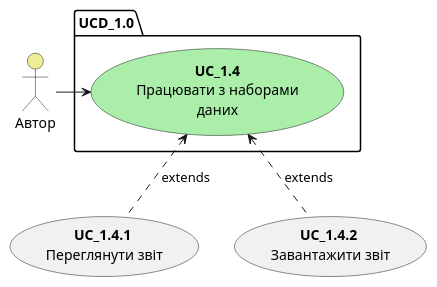
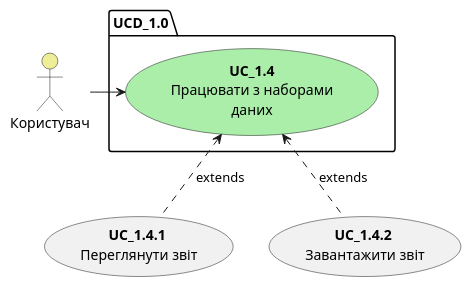
The diagram in src/uml/UCD_1.0.puml (boldak/database_basics_template), drawn with PlantUML before and after one commit.

```diff
--- a/src/uml/UCD_1.0.puml
+++ b/src/uml/UCD_1.0.puml
@@ -1,16 +1,16 @@
 @startuml
 package UCD_1.0 {
         usecase "<b>UC_1.4</b>\nПрацювати з наборами\nданих" as UC_1.4 #aaeeaa
     }
 
-    actor "Автор" as Author #eeee99
+    actor "Користувач" as Author #eeee99
     
     usecase "<b>UC_1.4.1</b> \nПереглянути звіт" as UC_1.4.1
     usecase "<b>UC_1.4.2</b> \nЗавантажити звіт" as UC_1.4.2
 
 
     Author -r-> UC_1.4
     
     UC_1.4.1 .u.> UC_1.4: extends
     UC_1.4.2 .u.> UC_1.4: extends
 @enduml
```
